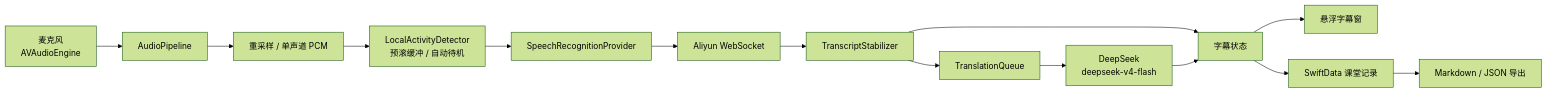
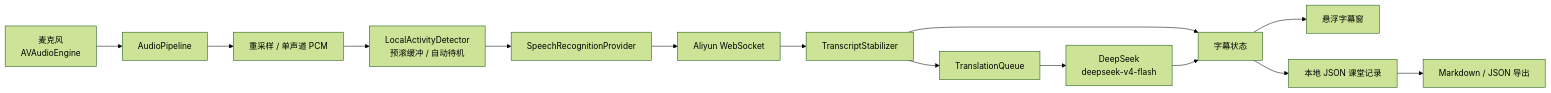
One commit to aquilasky/stt changed the diagram in docs/MVP_DEVELOPMENT.md. Above: the diagram before and after it, drawn with Mermaid (forest theme). The commit also changed other lines of this file and 8 other files, not shown here.

````diff
--- a/docs/MVP_DEVELOPMENT.md
+++ b/docs/MVP_DEVELOPMENT.md
@@ -163,16 +163,16 @@
 ```mermaid
 flowchart LR
     A["麦克风<br/>AVAudioEngine"] --> C["AudioPipeline"]
     C --> D["重采样 / 单声道 PCM"]
     D --> M["LocalActivityDetector<br/>预滚缓冲 / 自动待机"]
     M --> E["SpeechRecognitionProvider"]
     E --> E1["Aliyun WebSocket"]
     E1 --> F["TranscriptStabilizer"]
     F --> G["字幕状态"]
     F --> H["TranslationQueue"]
     H --> I["DeepSeek<br/>deepseek-v4-flash"]
     I --> G
     G --> J["悬浮字幕窗"]
-    G --> K["SwiftData 课堂记录"]
+    G --> K["本地 JSON 课堂记录"]
     K --> L["Markdown / JSON 导出"]
 ```
````
